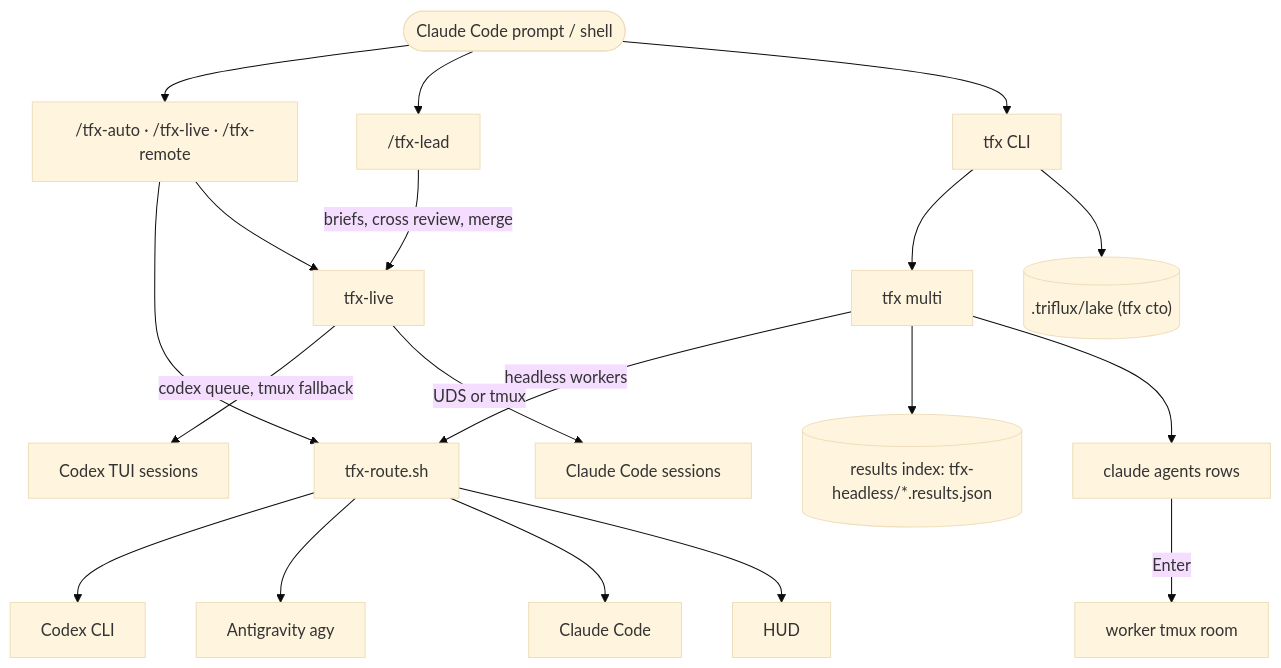
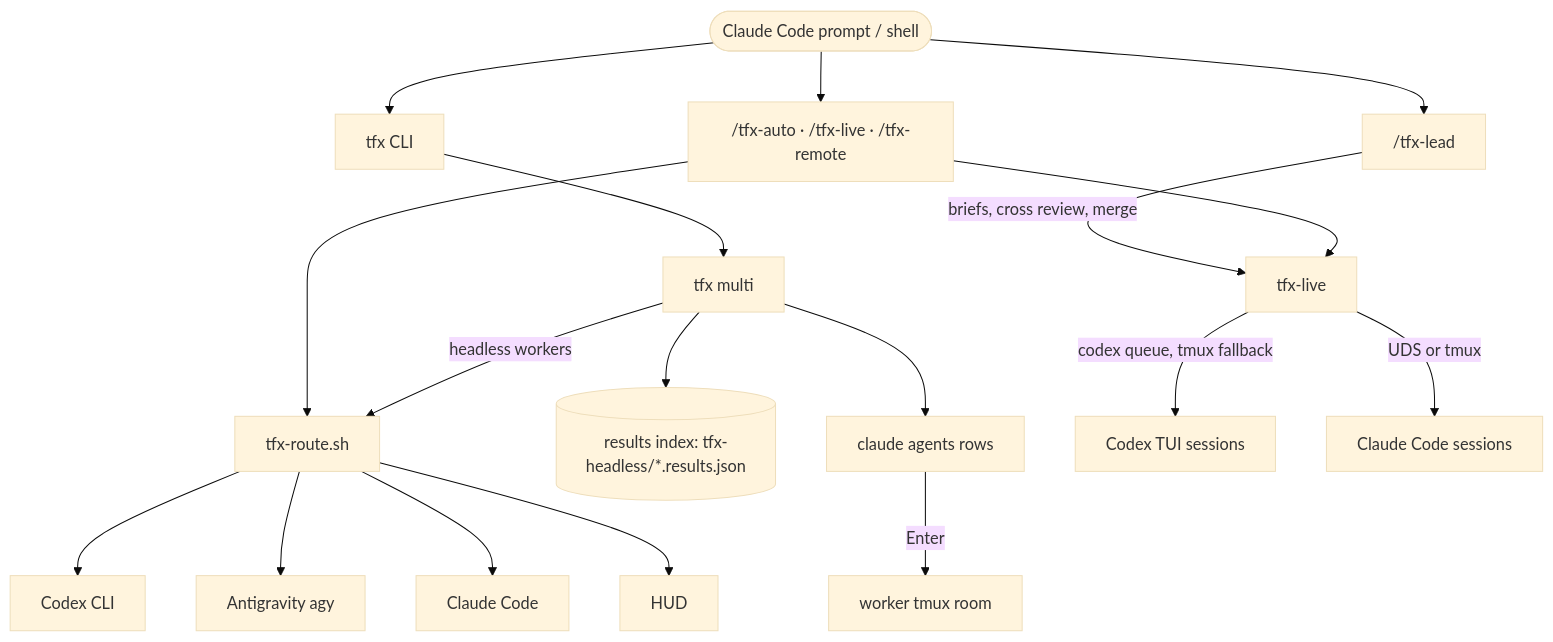
Before and after one commit to tellang/triflux: the diagram in README.md, drawn with Mermaid (base theme). The commit also changed other lines of this file and 89 other files, not shown here.

First line of the commit message:
chore(cto): tfx cto 와 CTO lake 기록을 지운다

````diff
--- a/README.md
+++ b/README.md
@@ -181,21 +175,20 @@
 ```mermaid
 graph TD
     User([Claude Code prompt / shell]) --> Skills["/tfx-auto · /tfx-live · /tfx-remote"]
     User --> Lead["/tfx-lead"]
     User --> CLI[tfx CLI]
     Lead -->|"briefs, cross review, merge"| Live
     Skills --> Route[tfx-route.sh]
     Skills --> Live[tfx-live]
     CLI --> Team["tfx multi"]
     Route --> Codex[Codex CLI]
     Route --> Agy[Antigravity agy]
     Route --> Claude[Claude Code]
     Team -->|headless workers| Route
     Team --> Index[("results index: tfx-headless/*.results.json")]
     Team --> Rows["claude agents rows"]
     Rows -->|Enter| Room["worker tmux room"]
     Live -->|"codex queue, tmux fallback"| CodexTUI[Codex TUI sessions]
     Live -->|"UDS or tmux"| ClaudeTUI[Claude Code sessions]
     Route --> HUD[HUD]
-    CLI --> Lake[(".triflux/lake (tfx cto)")]
 ```
````
